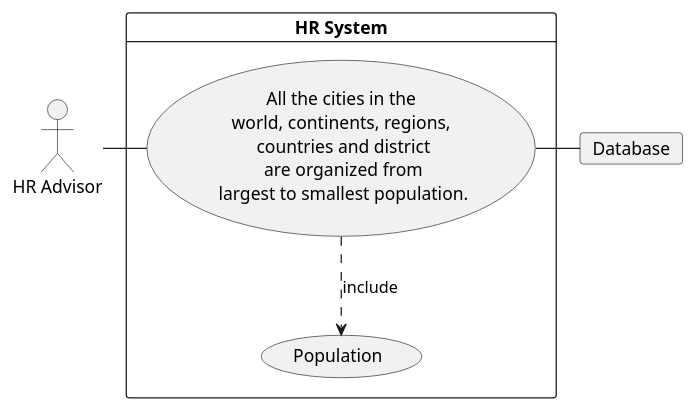
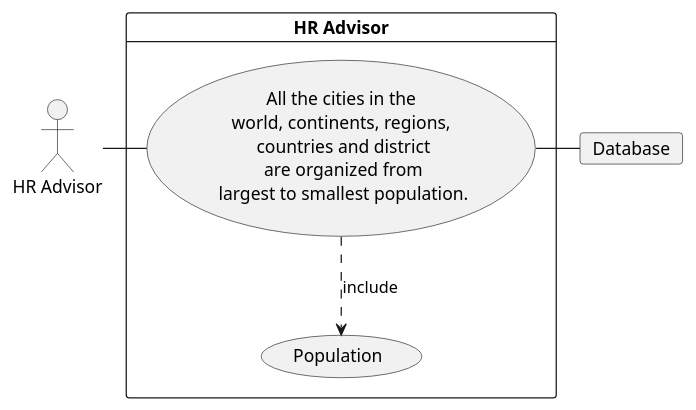
Before and after one commit to SE-G-16/seMethod: the diagram in use-cases/3.Cities organized by size.puml, drawn with PlantUML. The commit also changed 4 other files, not shown here.

Commit message:
updated the use cases and diagrams

```diff
--- a/use-cases/3.Cities organized by size.puml
+++ b/use-cases/3.Cities organized by size.puml
@@ -3,22 +3,22 @@
 @startuml
 
 actor HR as "HR Advisor"
 
 card Database
 
-card "HR System" {
+card "HR Advisor" {
     usecase UC3 as "All the cities in the
     world, continents, regions,
      countries and district
      are organized from
      largest to smallest population.
     "
 
     usecase UCa as "Population"
 
     HR - UC3
     UC3 ..> UCa : include
     UC3 - Database
 }
 
 @enduml
```
